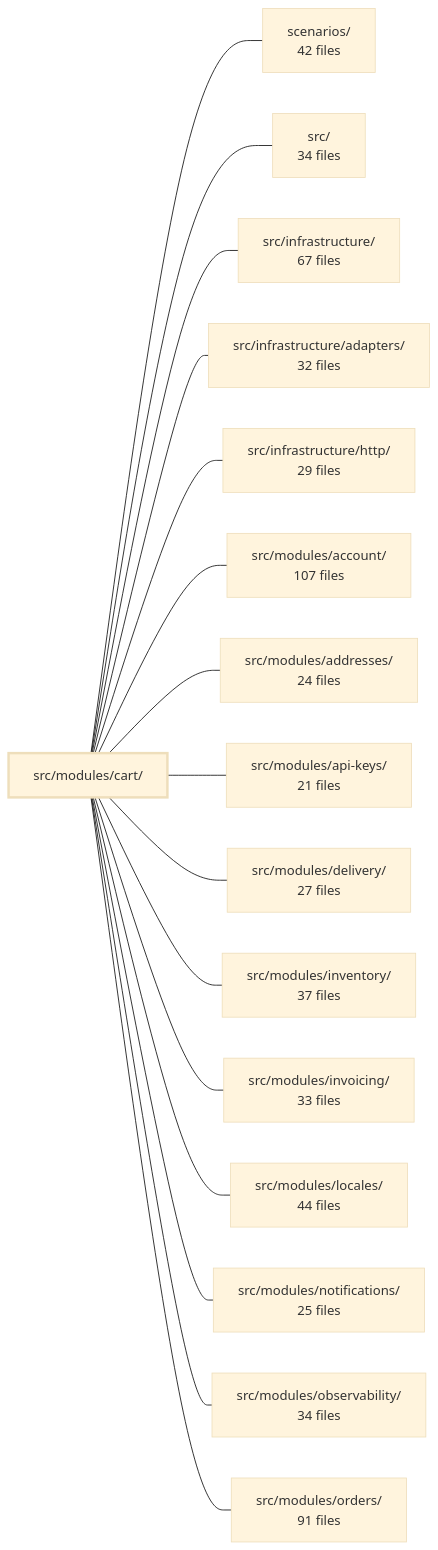
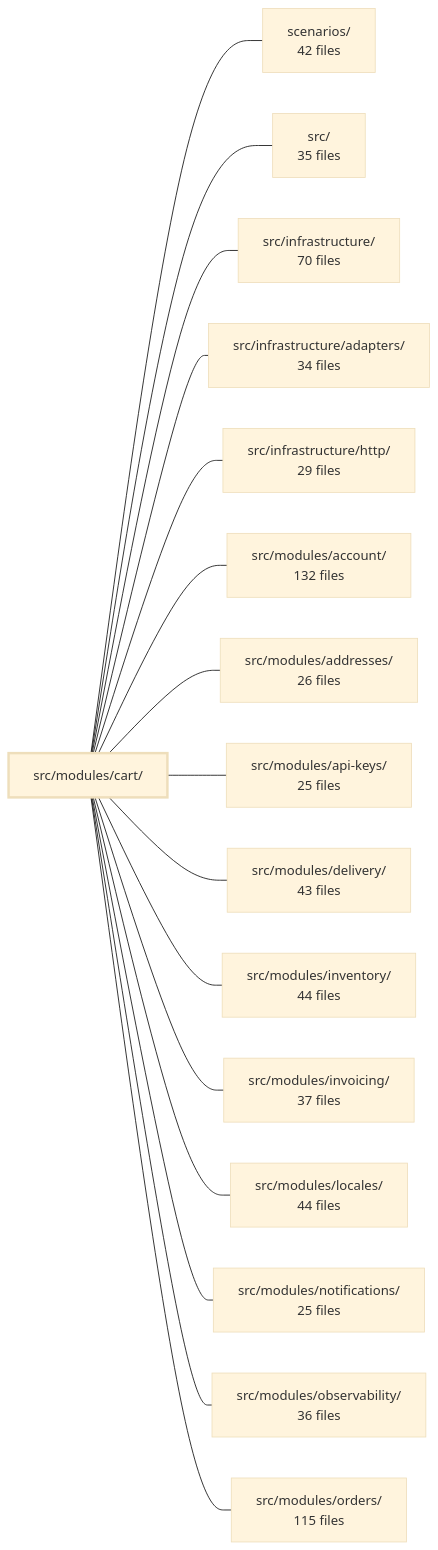
Before and after one commit to Guebbit/boilerplate-node-backend: the diagram in .2brain/modules/boilerplate-node-backend_src_modules_cart.md, drawn with Mermaid (base theme). The commit also changed other lines of this file and 6 other files, not shown here.

````diff
--- a/.2brain/modules/boilerplate-node-backend_src_modules_cart.md
+++ b/.2brain/modules/boilerplate-node-backend_src_modules_cart.md
@@ -46,35 +46,35 @@
 ```mermaid
 flowchart LR
     m_src_modules_cart["src/modules/cart/"]
     m_scenarios["scenarios/<br/>42 files"]
-    m_src["src/<br/>34 files"]
-    m_src_infrastructure["src/infrastructure/<br/>67 files"]
-    m_src_infrastructure_adapters["src/infrastructure/adapters/<br/>32 files"]
+    m_src["src/<br/>35 files"]
+    m_src_infrastructure["src/infrastructure/<br/>70 files"]
+    m_src_infrastructure_adapters["src/infrastructure/adapters/<br/>34 files"]
     m_src_infrastructure_http["src/infrastructure/http/<br/>29 files"]
-    m_src_modules_account["src/modules/account/<br/>107 files"]
-    m_src_modules_addresses["src/modules/addresses/<br/>24 files"]
-    m_src_modules_api_keys["src/modules/api-keys/<br/>21 files"]
-    m_src_modules_delivery["src/modules/delivery/<br/>27 files"]
-    m_src_modules_inventory["src/modules/inventory/<br/>37 files"]
-    m_src_modules_invoicing["src/modules/invoicing/<br/>33 files"]
+    m_src_modules_account["src/modules/account/<br/>132 files"]
+    m_src_modules_addresses["src/modules/addresses/<br/>26 files"]
+    m_src_modules_api_keys["src/modules/api-keys/<br/>25 files"]
+    m_src_modules_delivery["src/modules/delivery/<br/>43 files"]
+    m_src_modules_inventory["src/modules/inventory/<br/>44 files"]
+    m_src_modules_invoicing["src/modules/invoicing/<br/>37 files"]
     m_src_modules_locales["src/modules/locales/<br/>44 files"]
     m_src_modules_notifications["src/modules/notifications/<br/>25 files"]
-    m_src_modules_observability["src/modules/observability/<br/>34 files"]
-    m_src_modules_orders["src/modules/orders/<br/>91 files"]
+    m_src_modules_observability["src/modules/observability/<br/>36 files"]
+    m_src_modules_orders["src/modules/orders/<br/>115 files"]
     m_src_modules_cart --- m_scenarios
     m_src_modules_cart --- m_src
     m_src_modules_cart --- m_src_infrastructure
     m_src_modules_cart --- m_src_infrastructure_adapters
     m_src_modules_cart --- m_src_infrastructure_http
     m_src_modules_cart --- m_src_modules_account
     m_src_modules_cart --- m_src_modules_addresses
     m_src_modules_cart --- m_src_modules_api_keys
     m_src_modules_cart --- m_src_modules_delivery
     m_src_modules_cart --- m_src_modules_inventory
     m_src_modules_cart --- m_src_modules_invoicing
     m_src_modules_cart --- m_src_modules_locales
     m_src_modules_cart --- m_src_modules_notifications
     m_src_modules_cart --- m_src_modules_observability
     m_src_modules_cart --- m_src_modules_orders
     style m_src_modules_cart stroke-width:3px
 ```
````
